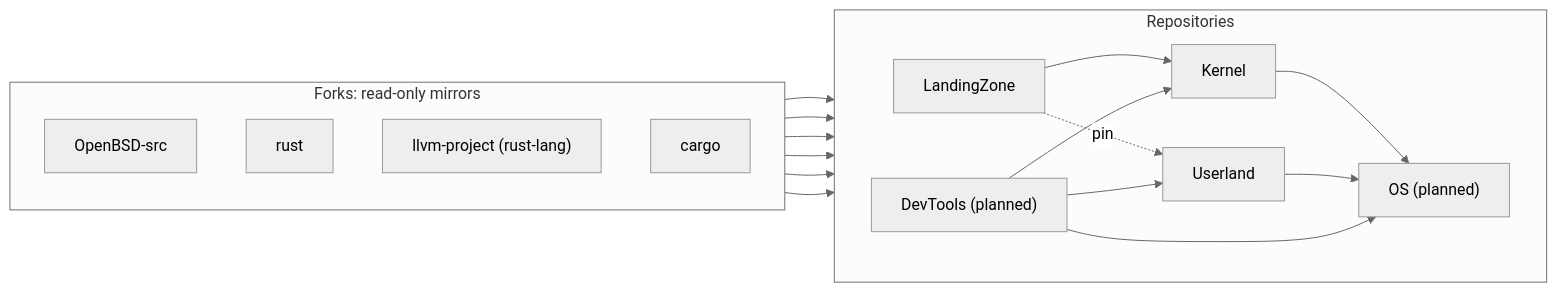
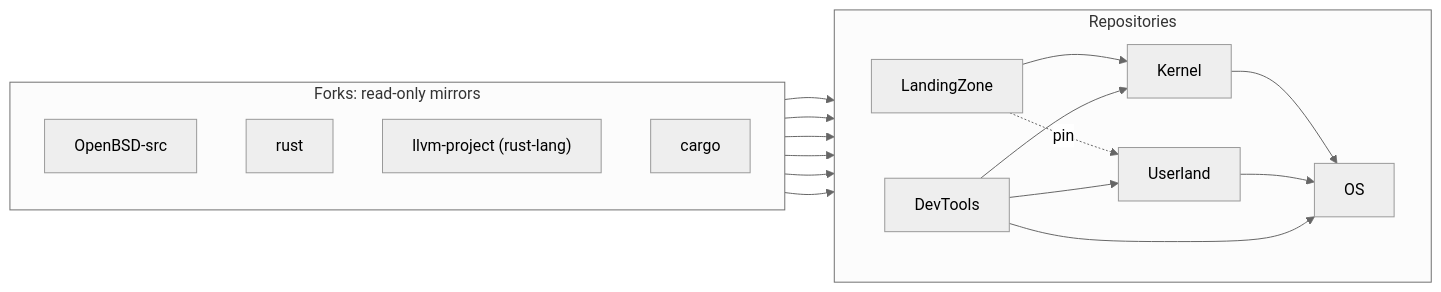
The diagram in README.md (EmiBSD/Governance), drawn with Mermaid (neutral theme) before and after one commit. The commit also changed 4 other files, not shown here.

````diff
--- a/README.md
+++ b/README.md
@@ -32,31 +32,31 @@
 ```mermaid
 flowchart LR
     subgraph forks["Forks: read-only mirrors"]
         direction TB
         obsd["OpenBSD-src"]
         rust["rust"]
         llvmrs["llvm-project (rust-lang)"]
         cargo["cargo"]
     end
     subgraph repos["Repositories"]
         direction LR
-        dev["DevTools (planned)"]
+        dev["DevTools"]
         lz["LandingZone"]
         ul["Userland"]
         k["Kernel"]
-        os["OS (planned)"]
+        os["OS"]
     end
     obsd --> dev
     rust --> dev
     llvmrs --> dev
     cargo --> dev
     obsd --> lz
     obsd --> ul
     lz --> k
     lz -. pin .-> ul
     dev --> ul
     dev --> k
     k --> os
     ul --> os
     dev --> os
 ```
````
